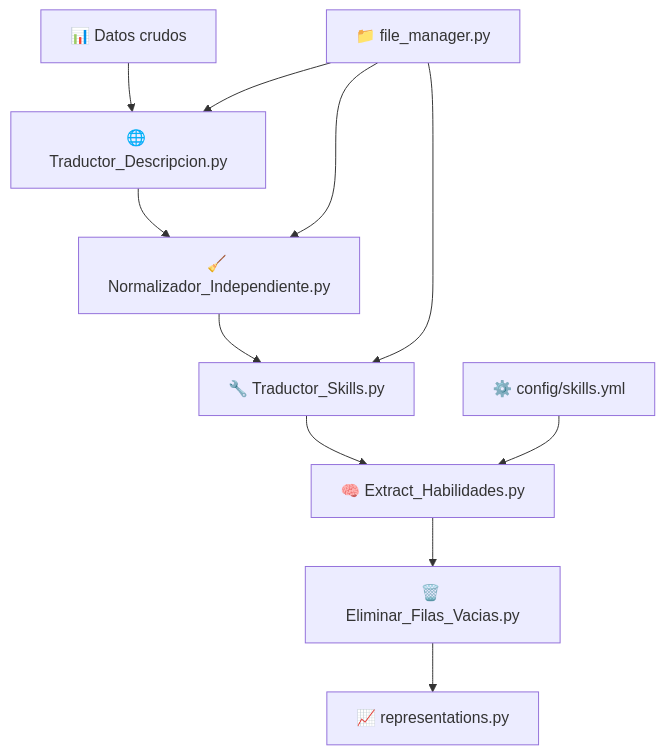
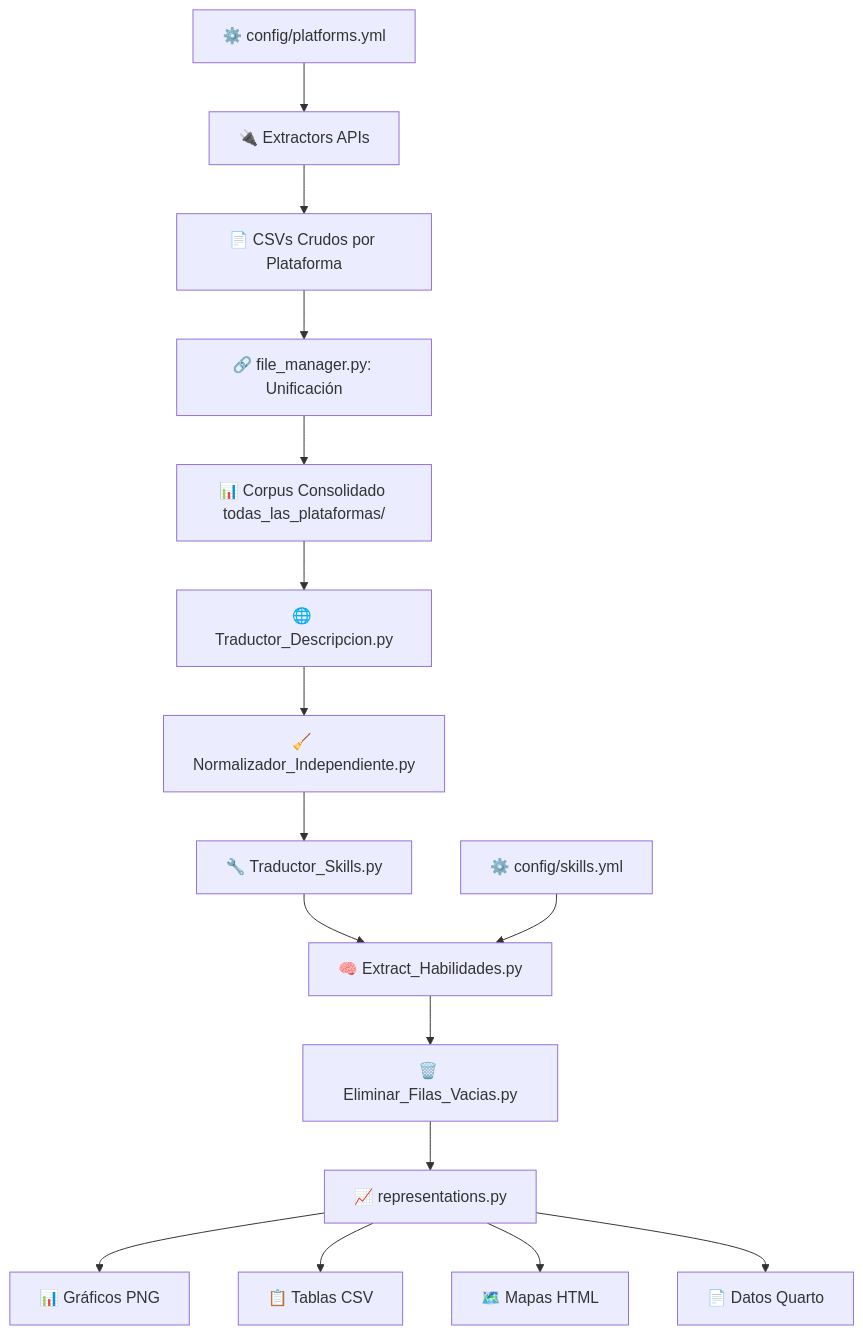
Before and after one commit to DilanAndrade007/modelo-ciencia-datos-empleabilidad: the diagram in README.md, drawn with Mermaid. The commit also changed other lines of this file and 3 other files, not shown here.

````diff
--- a/README.md
+++ b/README.md
@@ -260,14 +275,21 @@
 ```mermaid
 flowchart TD
-    A[📊 Datos crudos] --> B[🌐 Traductor_Descripcion.py]
-    B --> C[🧹 Normalizador_Independiente.py]
-    C --> D[🔧 Traductor_Skills.py]
-    D --> E[🧠 Extract_Habilidades.py]
-    E --> F[🗑️ Eliminar_Filas_Vacias.py]
-    F --> G[📈 representations.py]
+    A[🔌 Extractors APIs] --> B[📄 CSVs Crudos por Plataforma]
+    B --> C[🔗 file_manager.py: Unificación]
+    C --> D[📊 Corpus Consolidado todas_las_plataformas/]
     
-    I[⚙️ config/skills.yml] --> E
-    J[📁 file_manager.py] --> B
-    J --> C
-    J --> D
+    D --> E[🌐 Traductor_Descripcion.py]
+    E --> F[🧹 Normalizador_Independiente.py]
+    F --> G[🔧 Traductor_Skills.py]
+    G --> H[🧠 Extract_Habilidades.py]
+    H --> I[🗑️ Eliminar_Filas_Vacias.py]
+    I --> J[📈 representations.py]
+    
+    K[⚙️ config/skills.yml] --> H
+    L[⚙️ config/platforms.yml] --> A
+    
+    J --> M[📊 Gráficos PNG]
+    J --> N[📋 Tablas CSV]
+    J --> O[🗺️ Mapas HTML]
+    J --> P[📄 Datos Quarto]
 ```
````
